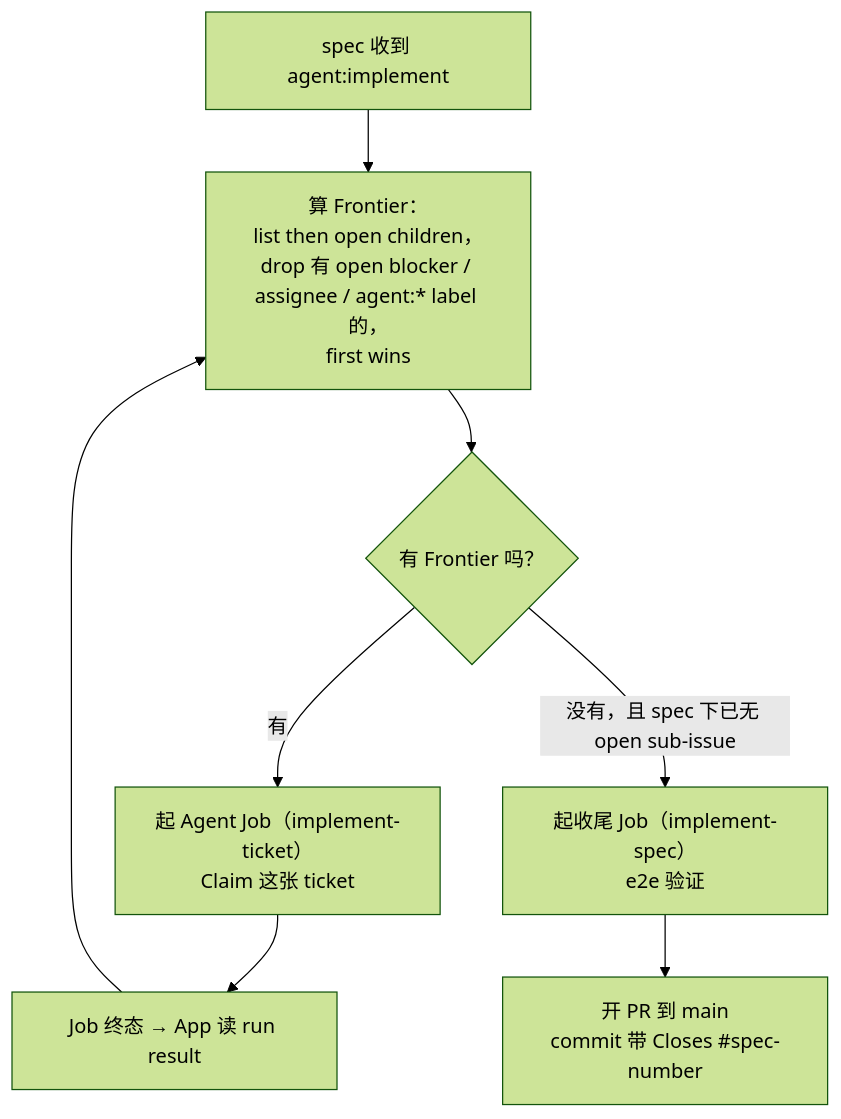
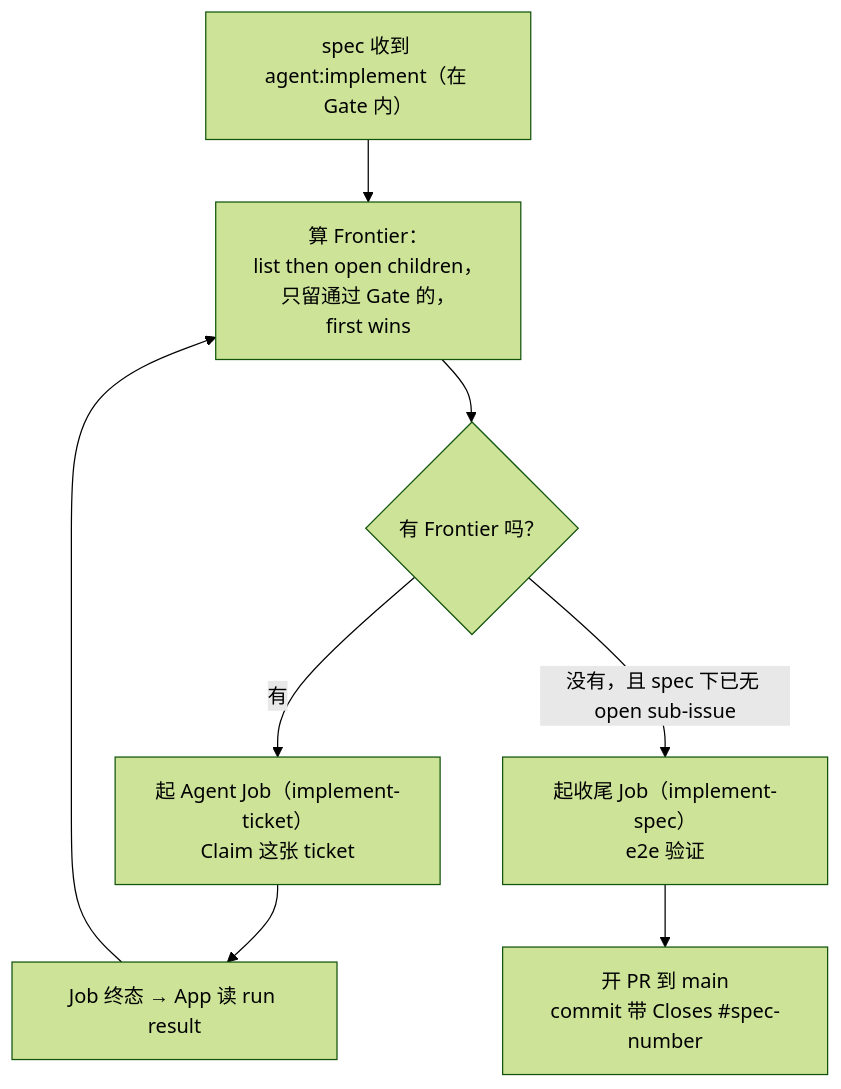
Before and after one commit to 2017fighting/remote-agent: the third of 9 diagrams in docs/architecture.md, drawn with Mermaid (forest theme). The commit also changed other lines of this file and 2 other files, not shown here.

````diff
--- a/docs/architecture.md
+++ b/docs/architecture.md
@@ -91,10 +91,10 @@
 ```mermaid
 flowchart TD
-    Start["spec 收到 agent:implement"] --> F["算 Frontier：<br/>list then open children，<br/>drop 有 open blocker / assignee / agent:* label 的，<br/>first wins"]
+    Start["spec 收到 agent:implement（在 Gate 内）"] --> F["算 Frontier：<br/>list then open children，<br/>只留通过 Gate 的，<br/>first wins"]
     F --> Has{"有 Frontier 吗？"}
     Has -->|"有"| Job["起 Agent Job（implement-ticket）<br/>Claim 这张 ticket"]
     Job --> Read["Job 终态 → App 读 run result"]
     Read --> F
     Has -->|"没有，且 spec 下已无 open sub-issue"| Tail["起收尾 Job（implement-spec）<br/>e2e 验证"]
     Tail --> PR["开 PR 到 main<br/>commit 带 Closes #spec-number"]
 ```
````
